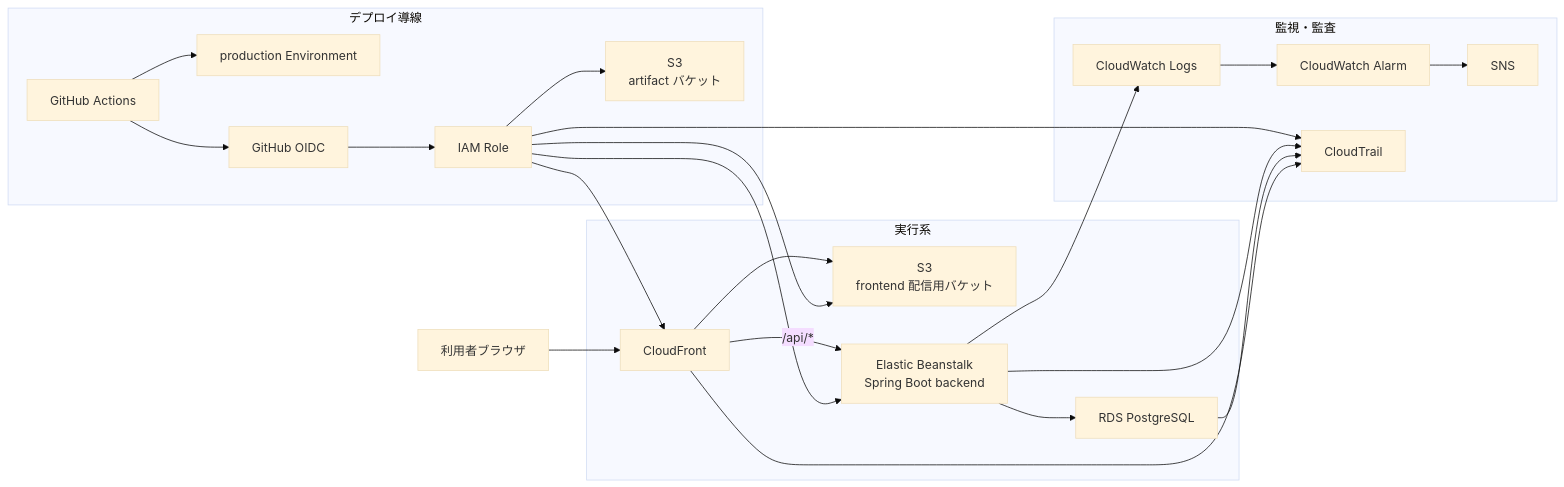
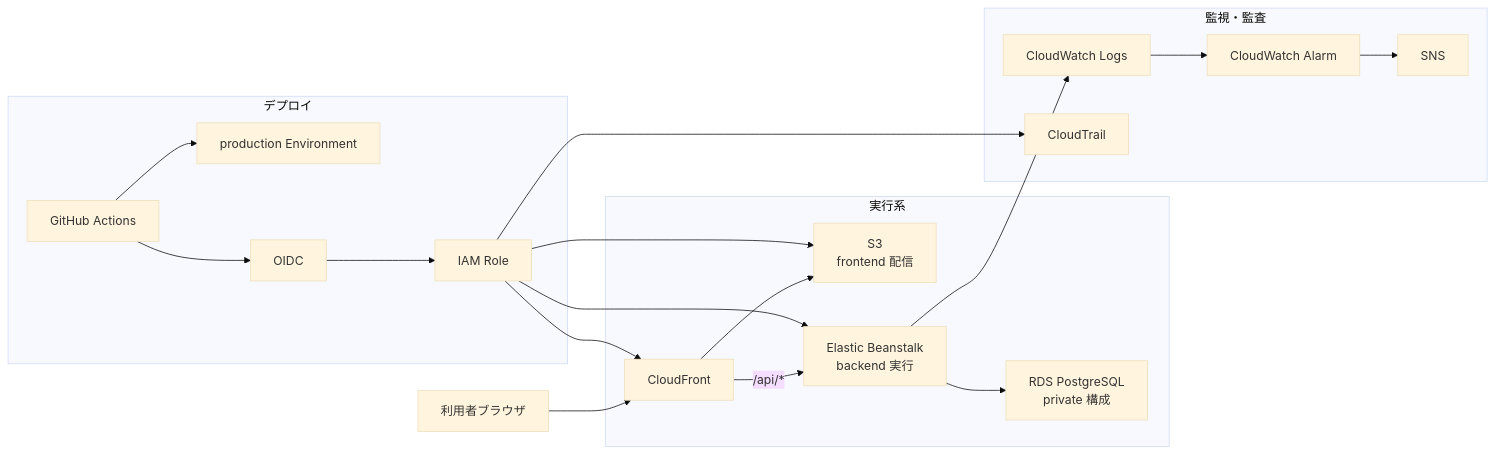
Before and after one commit to kitune-udon/task-manager-app: the diagram in README.md, drawn with Mermaid (base theme). The commit also changed other lines of this file, not shown here.

First line of the commit message:
Revise README for feature and architecture updates

````diff
--- a/README.md
+++ b/README.md
@@ -236,48 +217,41 @@
 ```mermaid
 flowchart LR
   user["利用者ブラウザ"]
 
   subgraph runtime["実行系"]
     cf["CloudFront"]
-    s3["S3<br/>frontend 配信用バケット"]
-    eb["Elastic Beanstalk<br/>Spring Boot backend"]
-    rds["RDS PostgreSQL"]
+    s3["S3<br/>frontend 配信"]
+    eb["Elastic Beanstalk<br/>backend 実行"]
+    rds["RDS PostgreSQL<br/>private 構成"]
   end
 
   subgraph observe["監視・監査"]
     logs["CloudWatch Logs"]
     alarm["CloudWatch Alarm"]
     sns["SNS"]
     trail["CloudTrail"]
   end
 
-  subgraph deploy["デプロイ導線"]
+  subgraph deploy["デプロイ"]
     gha["GitHub Actions"]
     env["production Environment"]
-    oidc["GitHub OIDC"]
+    oidc["OIDC"]
     role["IAM Role"]
-    artifacts["S3<br/>artifact バケット"]
   end
 
   user --> cf
   cf --> s3
   cf -->|/api/*| eb
   eb --> rds
 
   eb --> logs
   logs --> alarm
   alarm --> sns
-
   gha --> env
   gha --> oidc
   oidc --> role
-  role --> artifacts
   role --> eb
   role --> s3
   role --> cf
-
   role --> trail
-  eb --> trail
-  rds --> trail
-  cf --> trail
 ```
````
